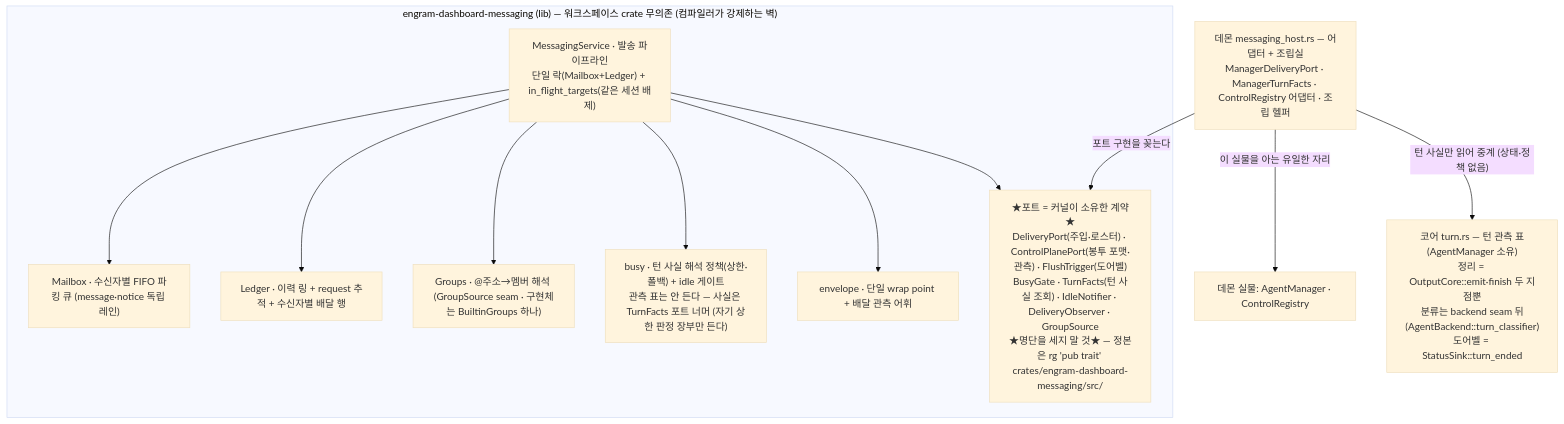
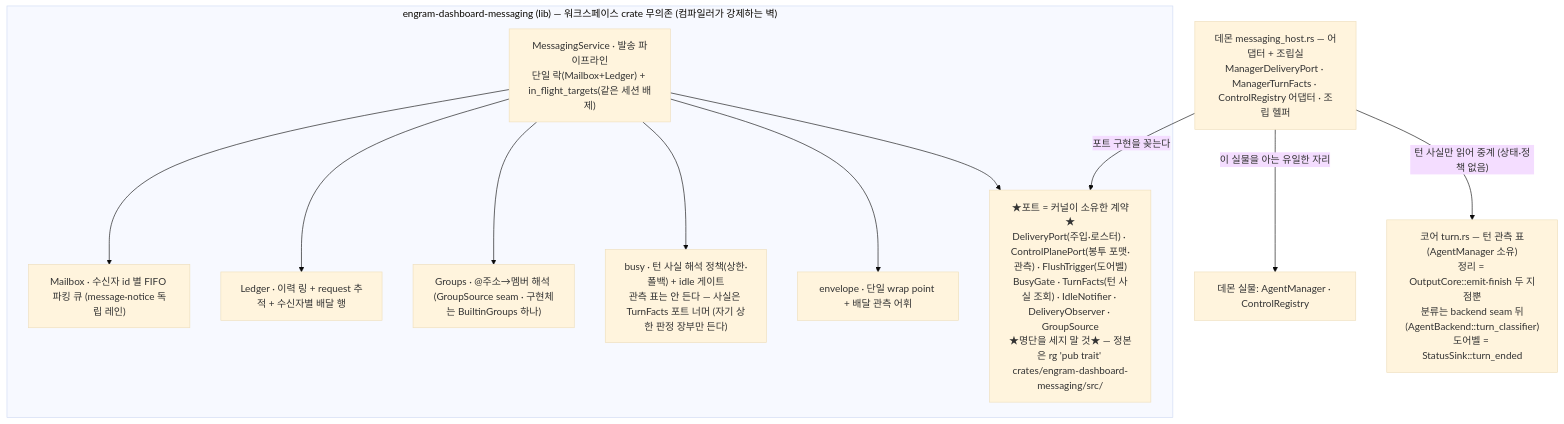
The tenth of 20 diagrams in docs/reference/architecture-overview.md (kimsunzun/engram-dashboard), drawn with Mermaid (base theme) before and after one commit. The commit also changed other lines of this file and 7 other files, not shown here.

````diff
--- a/docs/reference/architecture-overview.md
+++ b/docs/reference/architecture-overview.md
@@ -467,26 +468,26 @@
 ```mermaid
 flowchart TD
   subgraph K["engram-dashboard-messaging (lib) — 워크스페이스 crate 무의존 (컴파일러가 강제하는 벽)"]
     SVC["MessagingService · 발송 파이프라인<br/>단일 락(Mailbox+Ledger) + in_flight_targets(같은 세션 배제)"]
-    MB["Mailbox · 수신자별 FIFO 파킹 큐 (message·notice 독립 레인)"]
+    MB["Mailbox · 수신자 id 별 FIFO 파킹 큐 (message·notice 독립 레인)"]
     LG["Ledger · 이력 링 + request 추적 + 수신자별 배달 행"]
     GR["Groups · @주소→멤버 해석 (GroupSource seam · 구현체는 BuiltinGroups 하나)"]
     BZ["busy · 턴 사실 해석 정책(상한·폴백) + idle 게이트<br/>관측 표는 안 든다 — 사실은 TurnFacts 포트 너머 (자기 상한 판정 장부만 든다)"]
     EN["envelope · 단일 wrap point + 배달 관측 어휘"]
     PORT["★포트 = 커널이 소유한 계약★<br/>DeliveryPort(주입·로스터) · ControlPlanePort(봉투 포맷·관측) · FlushTrigger(도어벨)<br/>BusyGate · TurnFacts(턴 사실 조회) · IdleNotifier · DeliveryObserver · GroupSource<br/>★명단을 세지 말 것★ — 정본은 rg 'pub trait' crates/engram-dashboard-messaging/src/"]
     SVC --> MB
     SVC --> LG
     SVC --> GR
     SVC --> BZ
     SVC --> EN
     SVC --> PORT
   end
 
   HOST["데몬 messaging_host.rs — 어댑터 + 조립실<br/>ManagerDeliveryPort · ManagerTurnFacts · ControlRegistry 어댑터 · 조립 헬퍼"]
   REAL["데몬 실물: AgentManager · ControlRegistry"]
   CORE["코어 turn.rs — 턴 관측 표(AgentManager 소유)<br/>정리 = OutputCore::emit·finish 두 지점뿐<br/>분류는 backend seam 뒤(AgentBackend::turn_classifier)<br/>도어벨 = StatusSink::turn_ended"]
 
   HOST -->|"포트 구현을 꽂는다"| PORT
   HOST -->|"이 실물을 아는 유일한 자리"| REAL
   HOST -->|"턴 사실만 읽어 중계 (상태·정책 없음)"| CORE
 ```
````
